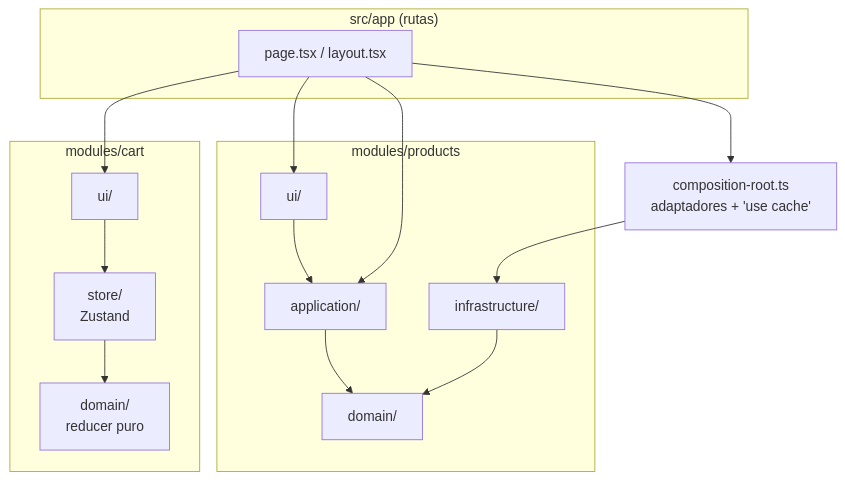
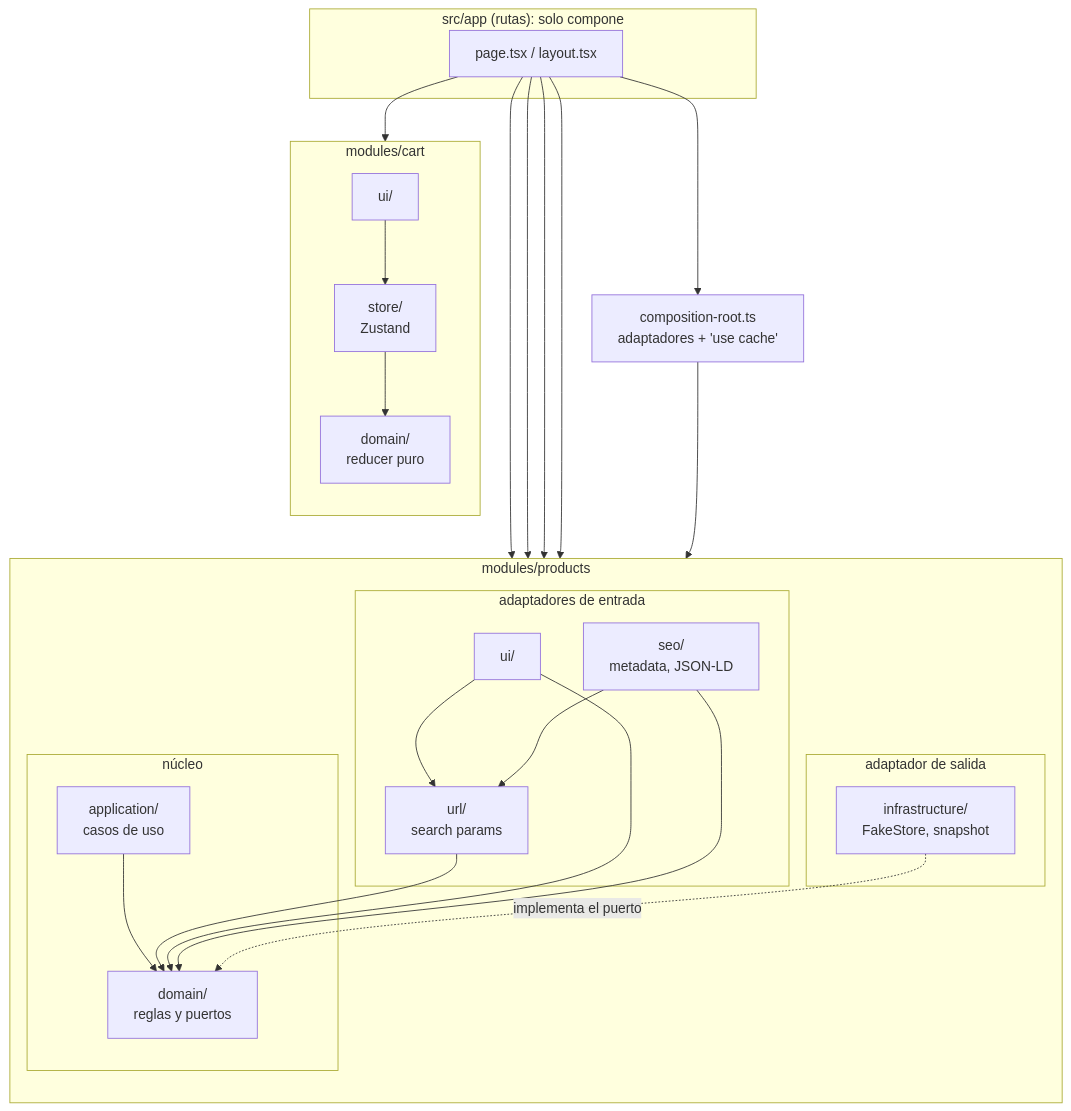
The second of 5 diagrams in docs/architecture.md (piercenovo/delosi-ecommerce), drawn with Mermaid before and after one commit. The commit also changed other lines of this file and 14 other files, not shown here.

First line of the commit message:
refactor: cover seo and search params with the architecture rules (#26)

````diff
--- a/docs/architecture.md
+++ b/docs/architecture.md
@@ -24,18 +24,37 @@
 ```mermaid
 flowchart TB
-  subgraph app["src/app (rutas)"]
+  subgraph app["src/app (rutas): solo compone"]
     pages["page.tsx / layout.tsx"]
   end
   root["composition-root.ts<br/>adaptadores + 'use cache'"]
   subgraph products["modules/products"]
-    pui["ui/"] --> papp["application/"] --> pdom["domain/"]
-    pinf["infrastructure/"] --> pdom
+    direction TB
+    subgraph pin["adaptadores de entrada"]
+      pui["ui/"]
+      purl["url/<br/>search params"]
+      pseo["seo/<br/>metadata, JSON-LD"]
+    end
+    subgraph pcore["núcleo"]
+      papp["application/<br/>casos de uso"] --> pdom["domain/<br/>reglas y puertos"]
+    end
+    subgraph pout["adaptador de salida"]
+      pinf["infrastructure/<br/>FakeStore, snapshot"]
+    end
+    pui --> purl
+    pseo --> purl
+    purl --> pdom
+    pui --> pdom
+    pseo --> pdom
+    pinf -. implementa el puerto .-> pdom
   end
   subgraph cart["modules/cart"]
+    direction TB
     cui["ui/"] --> cstore["store/<br/>Zustand"] --> cdom["domain/<br/>reducer puro"]
   end
-  pages --> root --> pinf
   pages --> pui
   pages --> papp
+  pages --> pseo
+  pages --> purl
   pages --> cui
+  pages --> root --> pinf
 ```
````
